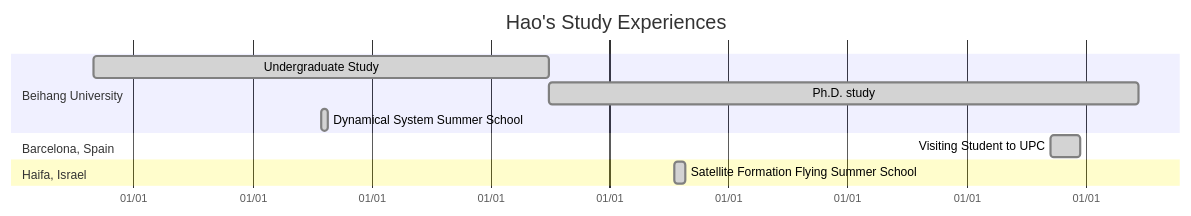
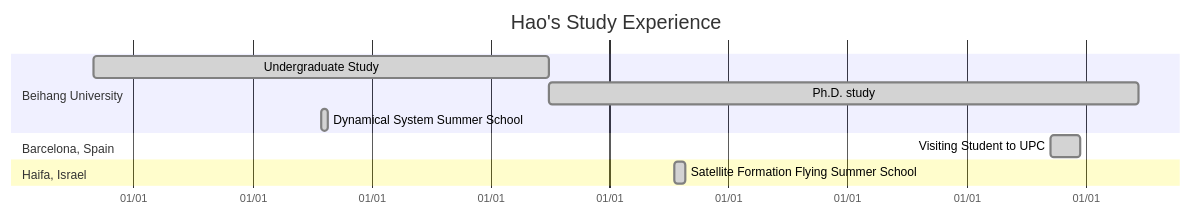
The diagram in source/cv/index.md (astroHaoPeng/SPACEofPHD), drawn with Mermaid before and after one commit. The commit also changed other lines of this file, not shown here.

```diff
--- a/source/cv/index.md
+++ b/source/cv/index.md
@@ -67,16 +67,16 @@
 {% mermaid gantt %}
 dateFormat  YYYY-MM-DD
 axisFormat  %d/%m
-title Hao's Study Experiences
+title Hao's Study Experience
 
 section Beihang University
 Undergraduate Study    : done,    des1, 2007-09-01, 2011-07-01
 Ph.D. study            : done,    des2, after des1, 2016-06-12
 Dynamical System Summer School : done, 2009-08-01, 2009-08-20
 
 section Barcelona, Spain
 Visiting Student to UPC : done, 2015-09-15, 2015-12-15
 
 section Haifa, Israel
 Satellite Formation Flying Summer School : done, 2012-07-20, 2012-08-20
 {% endmermaid %}
```
